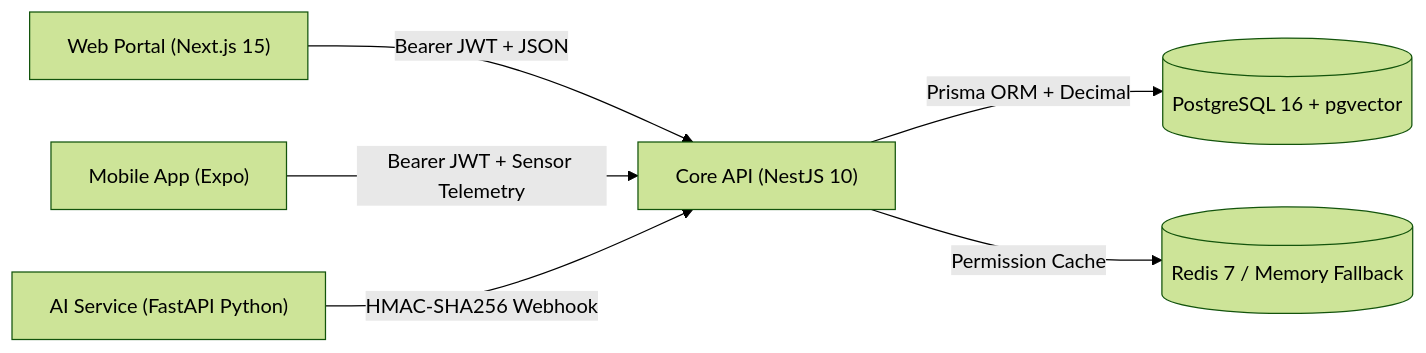
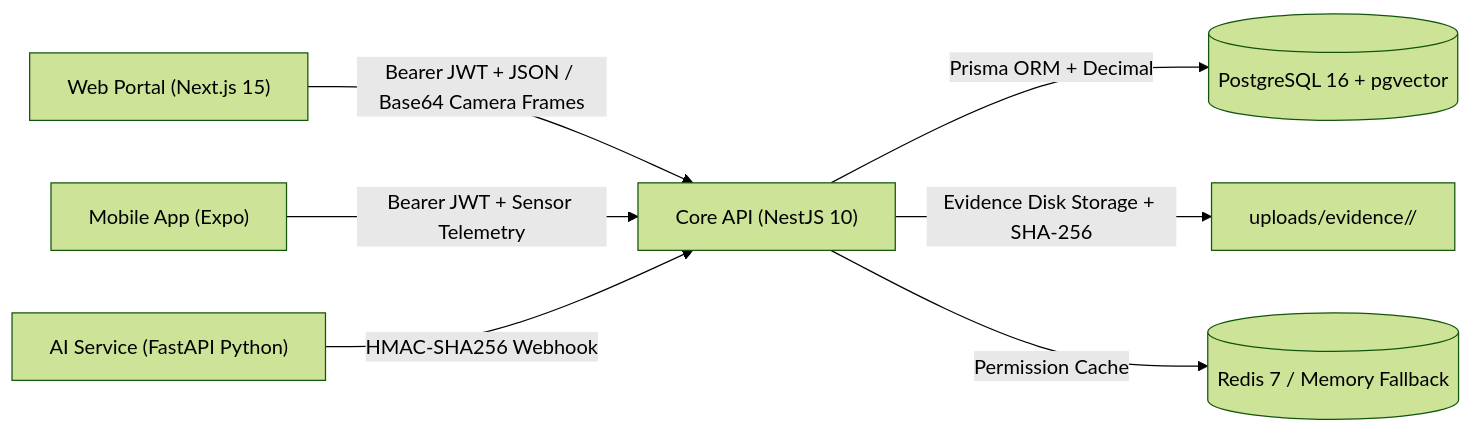
One commit to Bansi1510/OmniClaim changed the first of 3 diagrams in docs/ARCHITECTURE.md. Above: the diagram before and after it, drawn with Mermaid (forest theme). The commit also changed other lines of this file and 24 other files, not shown here.

````diff
--- a/docs/ARCHITECTURE.md
+++ b/docs/ARCHITECTURE.md
@@ -5,8 +5,9 @@
 ```mermaid
 flowchart LR
-    Web["Web Portal (Next.js 15)"] -->|"Bearer JWT + JSON"| API["Core API (NestJS 10)"]
+    Web["Web Portal (Next.js 15)"] -->|"Bearer JWT + JSON / Base64 Camera Frames"| API["Core API (NestJS 10)"]
     Mobile["Mobile App (Expo)"] -->|"Bearer JWT + Sensor Telemetry"| API
     API -->|"Prisma ORM + Decimal"| DB[("PostgreSQL 16 + pgvector")]
+    API -->|"Evidence Disk Storage + SHA-256"| Storage["uploads/evidence/<claimId>/"]
     API -->|"Permission Cache"| Redis[("Redis 7 / Memory Fallback")]
     AI["AI Service (FastAPI Python)"] -->|"HMAC-SHA256 Webhook"| API
 ```
````
